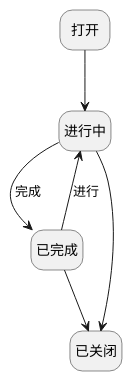
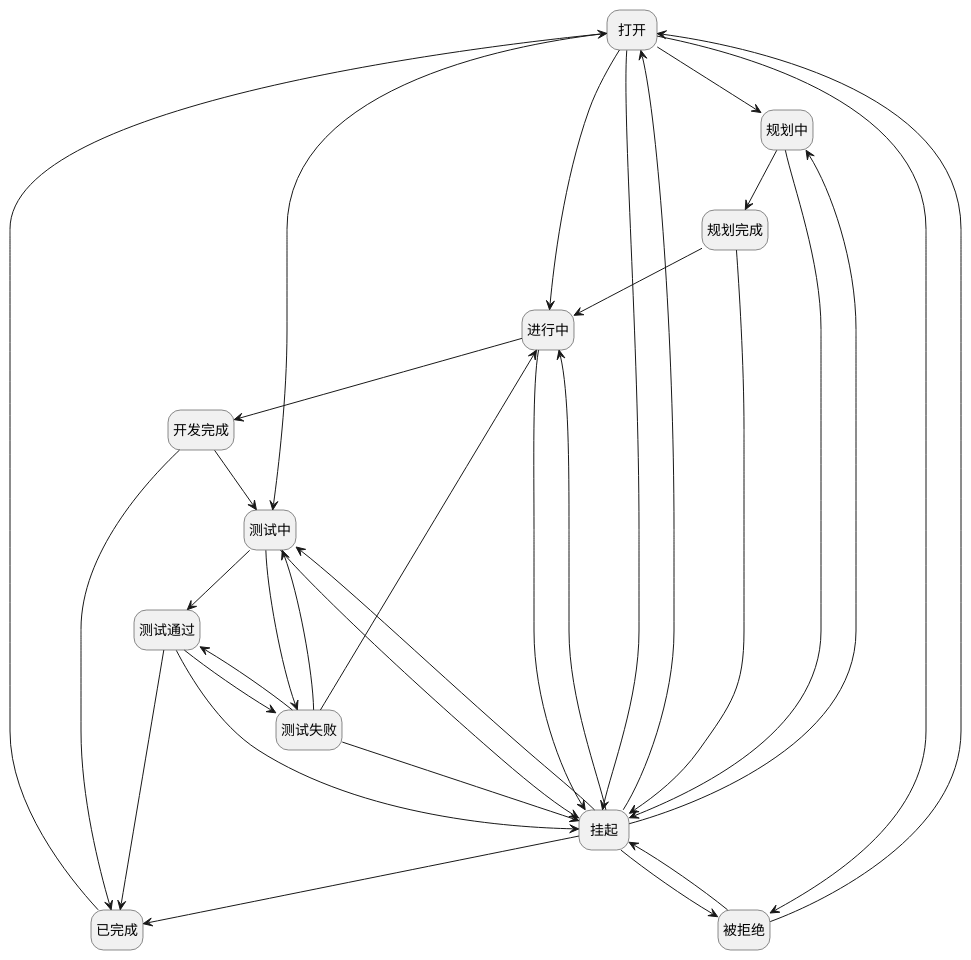
The diagram in doc/docsify/module/ProjMgmt/work_item/mslogic/scrum_task.md (iBizLab/plm), drawn with PlantUML before and after one commit. The commit also changed other lines of this file and 2688 other files, not shown here.

````diff
--- a/doc/docsify/module/ProjMgmt/work_item/mslogic/scrum_task.md
+++ b/doc/docsify/module/ProjMgmt/work_item/mslogic/scrum_task.md
@@ -7,25 +7,59 @@
 ```plantuml
 @startuml
 hide empty description
 <style>
 root {
   HyperlinkColor #42b983
 }
 </style>
 
 hide empty description
 state "打开" as MAINSTATE1  [[$./scrum_task#mainstate1 {"打开"}]]
+state "规划中" as MAINSTATE5  [[$./scrum_task#mainstate5 {"规划中"}]]
+state "规划完成" as MAINSTATE6  [[$./scrum_task#mainstate6 {"规划完成"}]]
 state "进行中" as MAINSTATE2  [[$./scrum_task#mainstate2 {"进行中"}]]
+state "开发完成" as MAINSTATE8  [[$./scrum_task#mainstate8 {"开发完成"}]]
+state "测试中" as MAINSTATE9  [[$./scrum_task#mainstate9 {"测试中"}]]
+state "测试通过" as MAINSTATE10  [[$./scrum_task#mainstate10 {"测试通过"}]]
+state "测试失败" as MAINSTATE11  [[$./scrum_task#mainstate11 {"测试失败"}]]
 state "已完成" as MAINSTATE3  [[$./scrum_task#mainstate3 {"已完成"}]]
-state "已关闭" as MAINSTATE4  [[$./scrum_task#mainstate4 {"已关闭"}]]
+state "挂起" as MAINSTATE4  [[$./scrum_task#mainstate4 {"挂起"}]]
+state "被拒绝" as MAINSTATE7  [[$./scrum_task#mainstate7 {"被拒绝"}]]
 
 
+MAINSTATE1 --> MAINSTATE5
+MAINSTATE5 --> MAINSTATE6
+MAINSTATE6 --> MAINSTATE2
+MAINSTATE2 --> MAINSTATE8
+MAINSTATE8 --> MAINSTATE9
+MAINSTATE9 --> MAINSTATE11
+MAINSTATE11 --> MAINSTATE2
+MAINSTATE11 --> MAINSTATE9
+MAINSTATE11 --> MAINSTATE10
+MAINSTATE10 --> MAINSTATE11
+MAINSTATE10 --> MAINSTATE3
+MAINSTATE3 --> MAINSTATE1
+MAINSTATE10 --> MAINSTATE4
+MAINSTATE4 --> MAINSTATE1
+MAINSTATE4 --> MAINSTATE2
+MAINSTATE4 --> MAINSTATE5
+MAINSTATE4 --> MAINSTATE9
+MAINSTATE4 --> MAINSTATE3
+MAINSTATE4 --> MAINSTATE7
+MAINSTATE7 --> MAINSTATE1
+MAINSTATE7 --> MAINSTATE4
+MAINSTATE11 --> MAINSTATE4
+MAINSTATE9 --> MAINSTATE10
+MAINSTATE9 --> MAINSTATE4
+MAINSTATE8 --> MAINSTATE3
+MAINSTATE2 --> MAINSTATE4
+MAINSTATE6 --> MAINSTATE4
+MAINSTATE5 --> MAINSTATE4
 MAINSTATE1 --> MAINSTATE2
-MAINSTATE2 --> MAINSTATE3 : 完成
-MAINSTATE3 --> MAINSTATE4
-MAINSTATE3 --> MAINSTATE2 : 进行
-MAINSTATE2 --> MAINSTATE4
+MAINSTATE1 --> MAINSTATE9
+MAINSTATE1 --> MAINSTATE7
+MAINSTATE1 --> MAINSTATE4
 
 
 @enduml
 ```
````
